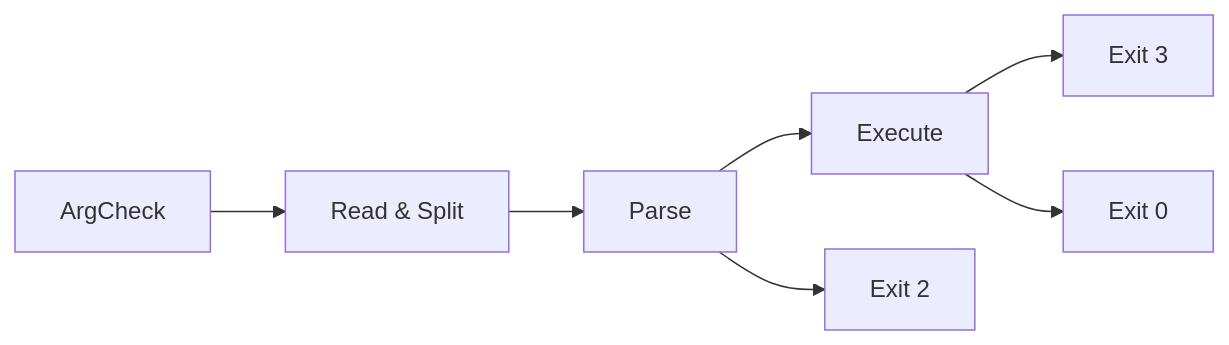
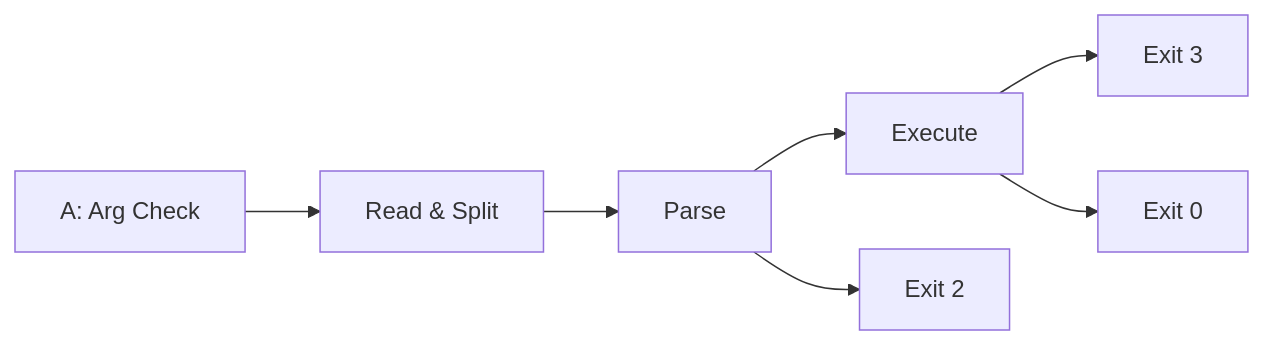
One commit to tail1887/sql_parsor changed the third of 12 diagrams in README.md. Above: the diagram before and after it, drawn with Mermaid. The commit also changed other lines of this file, not shown here.

````diff
--- a/README.md
+++ b/README.md
@@ -68,9 +70,9 @@
 ```mermaid
 flowchart LR
-    a1["ArgCheck"] --> a2["Read & Split"]
+    a1["A: Arg Check"] --> a2["Read & Split"]
     a2 --> a3["Parse"]
     a3 --> a4["Execute"]
     a3 --> a5["Exit 2"]
     a4 --> a6["Exit 3"]
     a4 --> a7["Exit 0"]
 ```
````
